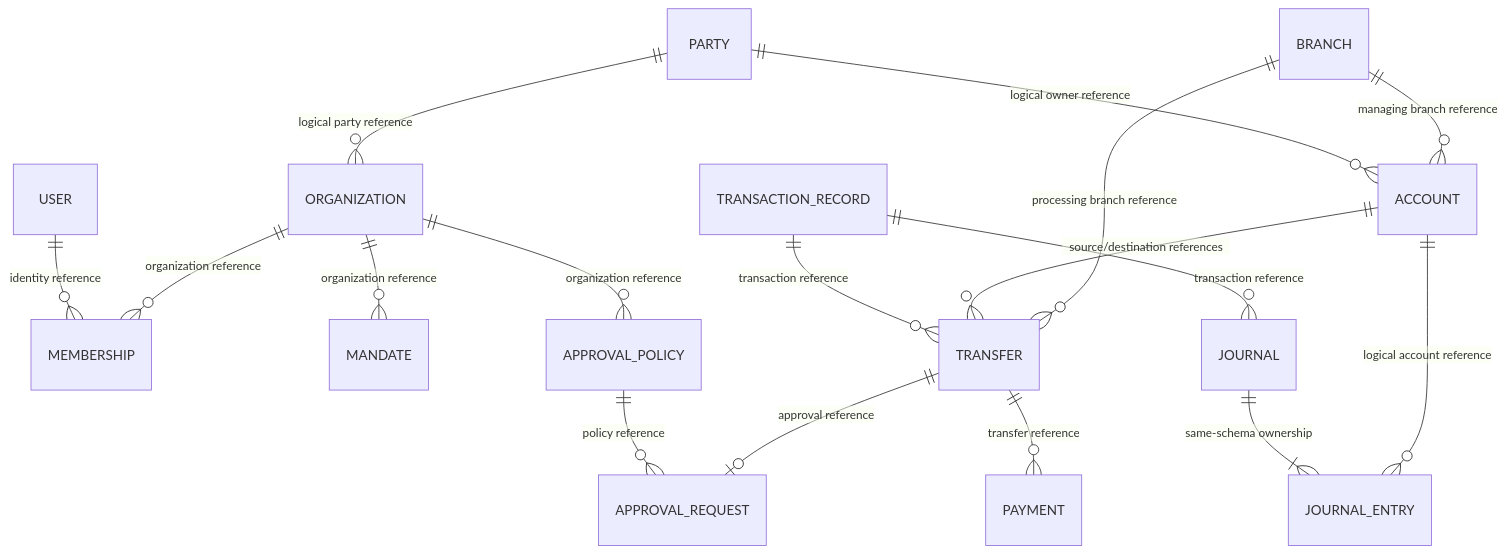
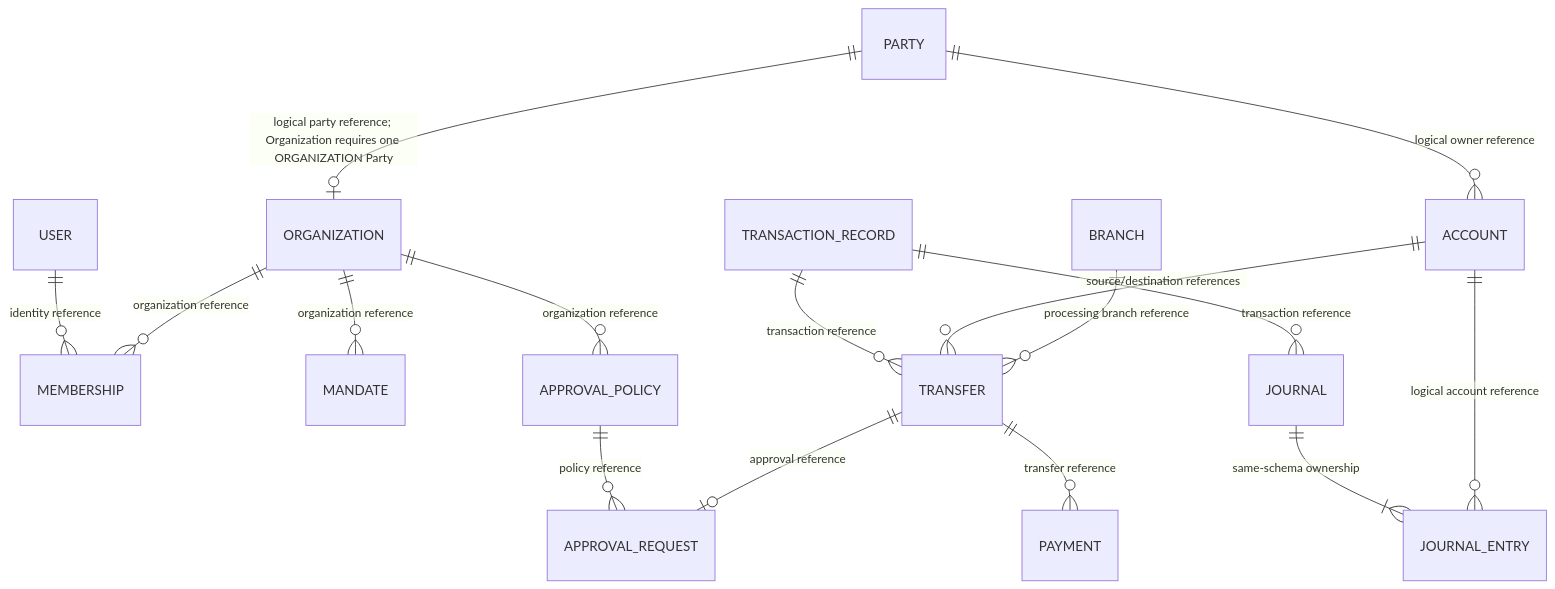
The diagram in docs/database/ERD.md (phu-boop/Core-Banking-System), drawn with Mermaid before and after one commit. The commit also changed other lines of this file and 41 other files, not shown here.

````diff
--- a/docs/database/ERD.md
+++ b/docs/database/ERD.md
@@ -32,19 +32,18 @@
 ```mermaid
 erDiagram
-  PARTY ||--o{ ORGANIZATION : "logical party reference"
+  PARTY ||--o| ORGANIZATION : "logical party reference; Organization requires one ORGANIZATION Party"
   PARTY ||--o{ ACCOUNT : "logical owner reference"
-  BRANCH ||--o{ ACCOUNT : "managing branch reference"
   USER ||--o{ MEMBERSHIP : "identity reference"
   ORGANIZATION ||--o{ MEMBERSHIP : "organization reference"
   ORGANIZATION ||--o{ MANDATE : "organization reference"
   ORGANIZATION ||--o{ APPROVAL_POLICY : "organization reference"
   APPROVAL_POLICY ||--o{ APPROVAL_REQUEST : "policy reference"
   TRANSFER ||--o| APPROVAL_REQUEST : "approval reference"
   TRANSACTION_RECORD ||--o{ TRANSFER : "transaction reference"
   ACCOUNT ||--o{ TRANSFER : "source/destination references"
   TRANSFER ||--o{ PAYMENT : "transfer reference"
   TRANSACTION_RECORD ||--o{ JOURNAL : "transaction reference"
   JOURNAL ||--|{ JOURNAL_ENTRY : "same-schema ownership"
   ACCOUNT ||--o{ JOURNAL_ENTRY : "logical account reference"
   BRANCH ||--o{ TRANSFER : "processing branch reference"
 ```
````
